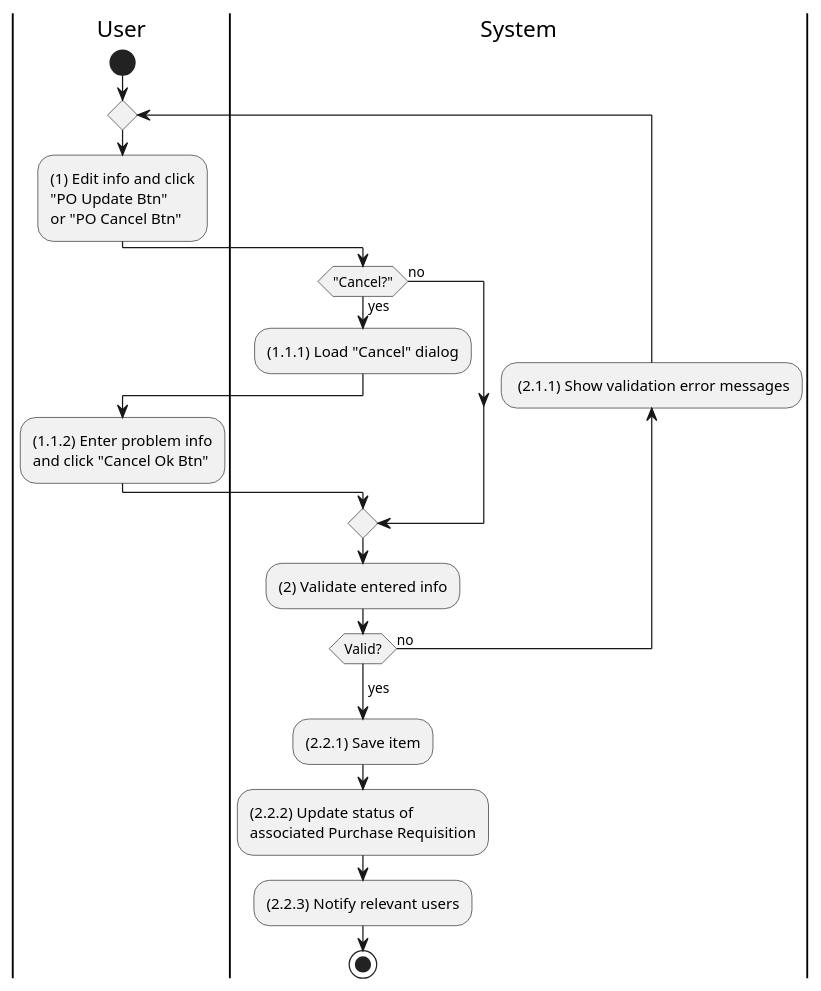
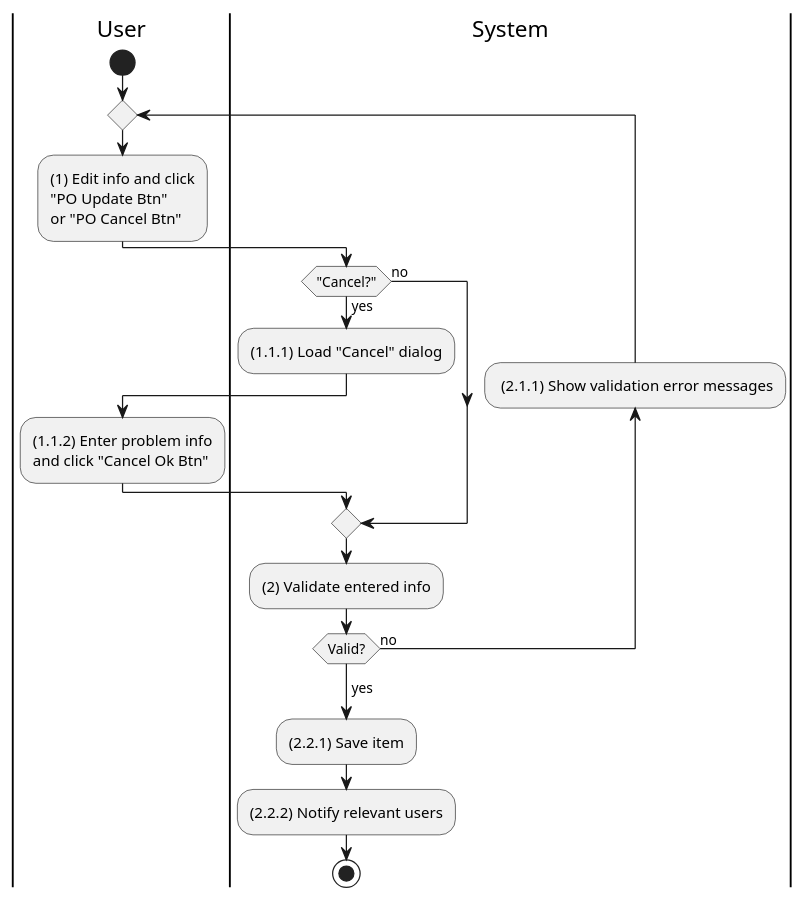
The diagram in activities/purchase-order-update.plantuml (phihungha/scmss-reqs), drawn with PlantUML before and after one commit. The commit also changed 5 other files, not shown here.

```diff
--- a/activities/purchase-order-update.plantuml
+++ b/activities/purchase-order-update.plantuml
@@ -1,25 +1,24 @@
 @startuml purchase-order-update
 |u|User
 |s|System
 
 |u|
 start
 repeat
     :(1) Edit info and click\n"PO Update Btn"\nor "PO Cancel Btn";
     |s|
     if ("Cancel?") then (yes)
         :(1.1.1) Load "Cancel" dialog;
         |u|
         :(1.1.2) Enter problem info\nand click "Cancel Ok Btn";
     else (no)
     endif
     |s|
     :(2) Validate entered info;
     backward: (2.1.1) Show validation error messages;
 repeat while (Valid?) is (no)
 ->yes;
 :(2.2.1) Save item;
-:(2.2.2) Update status of\nassociated Purchase Requisition;
-:(2.2.3) Notify relevant users;
+:(2.2.2) Notify relevant users;
 stop
 @enduml
```
